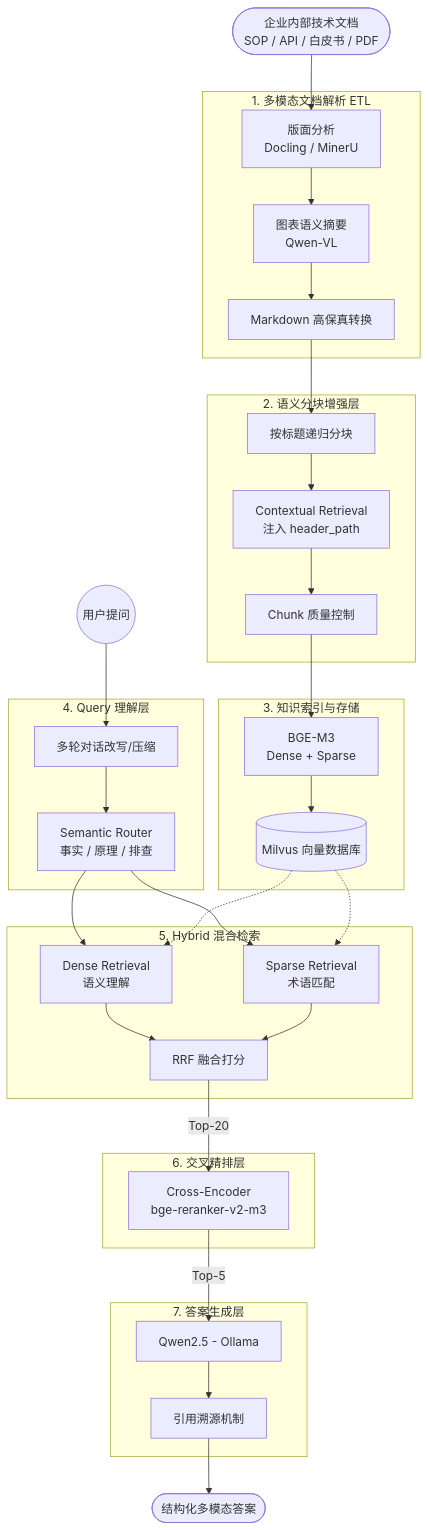
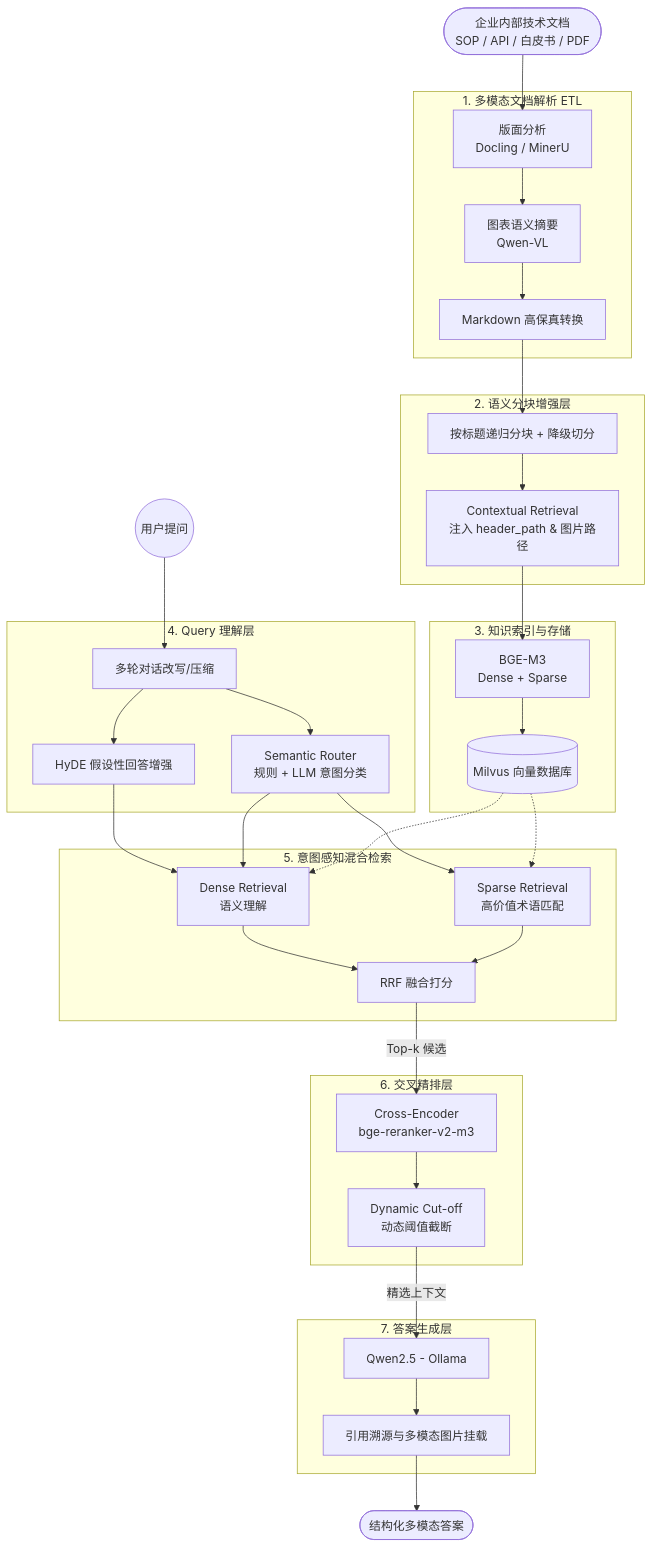
The diagram in README.md (xuhuan51/Copilot_Hybrid-RAG), drawn with Mermaid before and after one commit. The commit also changed other lines of this file and 1 other file, not shown here.

````diff
--- a/README.md
+++ b/README.md
@@ -43,72 +43,74 @@
 ```mermaid
 graph TD
     %% Define Nodes
     Docs([企业内部技术文档<br/>SOP / API / 白皮书 / PDF])
     
     subgraph ETL[1. 多模态文档解析 ETL]
         Layout[版面分析<br/>Docling / MinerU]
         VLM[图表语义摘要<br/>Qwen-VL]
         MD[Markdown 高保真转换]
     end
     
     subgraph Chunking[2. 语义分块增强层]
-        Split[按标题递归分块]
-        Context[Contextual Retrieval<br/>注入 header_path]
-        QC[Chunk 质量控制]
+        Split[按标题递归分块 + 降级切分]
+        Context[Contextual Retrieval<br/>注入 header_path & 图片路径]
     end
     
     subgraph Indexing[3. 知识索引与存储]
         Embed[BGE-M3<br/>Dense + Sparse]
         DB[(Milvus 向量数据库)]
     end
     
     subgraph QueryProcess[4. Query 理解层]
         Rewrite[多轮对话改写/压缩]
-        Router[Semantic Router<br/>事实 / 原理 / 排查]
+        HyDE[HyDE 假设性回答增强]
+        Router[Semantic Router<br/>规则 + LLM 意图分类]
     end
     
-    subgraph Retrieval[5. Hybrid 混合检索]
+    subgraph Retrieval[5. 意图感知混合检索]
         Dense[Dense Retrieval<br/>语义理解]
-        Sparse[Sparse Retrieval<br/>术语匹配]
+        Sparse[Sparse Retrieval<br/>高价值术语匹配]
         RRF[RRF 融合打分]
     end
     
     subgraph Rerank[6. 交叉精排层]
         CrossEnc[Cross-Encoder<br/>bge-reranker-v2-m3]
+        Cutoff[Dynamic Cut-off<br/>动态阈值截断]
     end
     
     subgraph Generation[7. 答案生成层]
         LLM[Qwen2.5 - Ollama]
-        Source[引用溯源机制]
+        Source[引用溯源与多模态图片挂载]
     end
     
     %% Edges
     Docs --> Layout
     Layout --> VLM
     VLM --> MD
     
     MD --> Split
     Split --> Context
-    Context --> QC
-    
-    QC --> Embed
+    Context --> Embed
     Embed --> DB
     
     User((用户提问)) --> Rewrite
+    Rewrite --> HyDE
     Rewrite --> Router
     
+    HyDE --> Dense
     Router --> Dense
     Router --> Sparse
     
     DB -.-> Dense
     DB -.-> Sparse
     
     Dense --> RRF
     Sparse --> RRF
     
-    RRF -->|Top-20| CrossEnc
-    CrossEnc -->|Top-5| LLM
+    RRF -->|Top-k 候选| CrossEnc
+    CrossEnc --> Cutoff
+    Cutoff -->|精选上下文| LLM
     
     LLM --> Source
     Source --> Output([结构化多模态答案])
 ```
````
